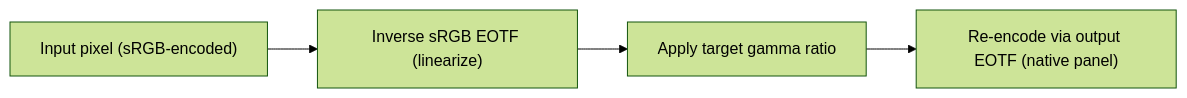
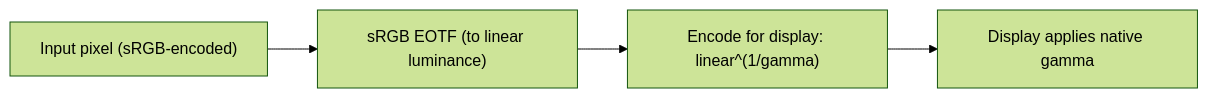
One commit to galpt/cachy-screen-enhancer changed the diagram in docs/HOW_IT_WORKS.md. Above: the diagram before and after it, drawn with Mermaid (forest theme). The commit also changed other lines of this file and 1 other file, not shown here.

````diff
--- a/docs/HOW_IT_WORKS.md
+++ b/docs/HOW_IT_WORKS.md
@@ -23,9 +23,9 @@
 ```mermaid
 flowchart LR
     PIXEL["Input pixel (sRGB-encoded)"]
-    INV["Inverse sRGB EOTF (linearize)"]
-    GAMMA["Apply target gamma ratio"]
-    OUT["Re-encode via output EOTF (native panel)"]
+    INV["sRGB EOTF (to linear luminance)"]
+    GAMMA["Encode for display: linear^(1/gamma)"]
+    OUT["Display applies native gamma"]
 
     PIXEL --> INV --> GAMMA --> OUT
 ```
````
